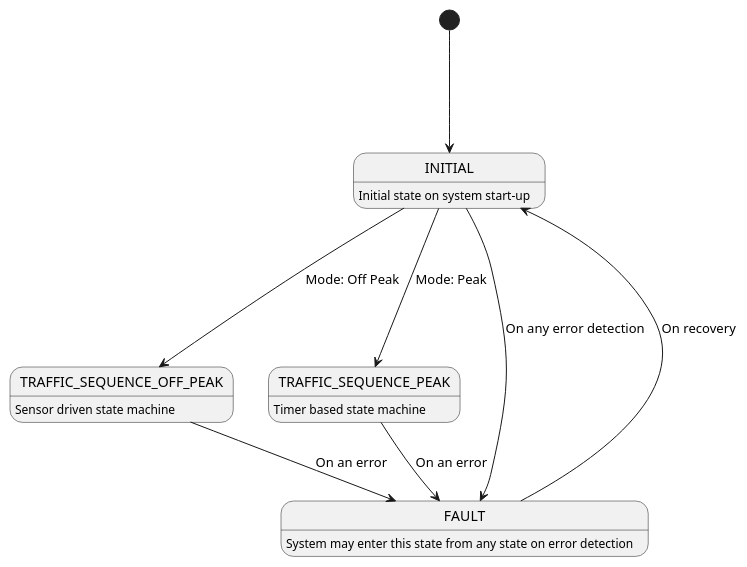
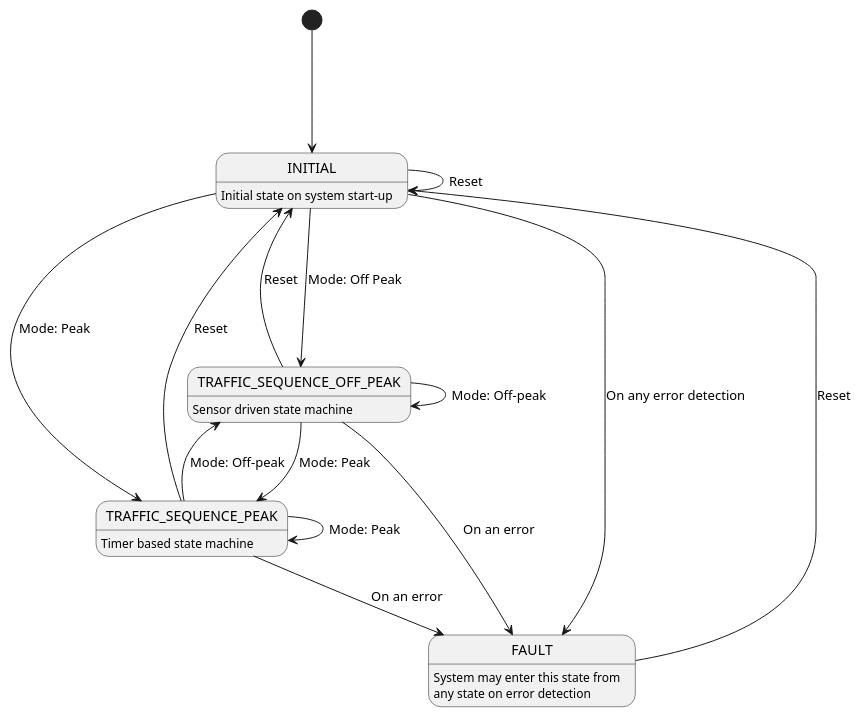
One commit to Mr4D/Traffic-Light-System changed the first of 3 diagrams in docs/state-machine.wsd. Above: the diagram before and after it, drawn with PlantUML. The commit also changed other lines of this file and 9 other files, not shown here.

Commit message:
Update diagrams

```diff
--- a/docs/state-machine.wsd
+++ b/docs/state-machine.wsd
@@ -1,20 +1,31 @@
 @startuml
 
 ' scale 500 width
 [*] ---> INITIAL
 
 INITIAL ---> TRAFFIC_SEQUENCE_OFF_PEAK: Mode: Off Peak
 INITIAL ---> TRAFFIC_SEQUENCE_PEAK: Mode: Peak
 
 INITIAL                    --> FAULT: On any error detection
 TRAFFIC_SEQUENCE_OFF_PEAK  --> FAULT: On an error
 TRAFFIC_SEQUENCE_PEAK  --> FAULT: On an error
-FAULT                      --> INITIAL: On recovery
+FAULT                      --> INITIAL: Reset
+INITIAL --> INITIAL: Reset
+TRAFFIC_SEQUENCE_OFF_PEAK --> INITIAL: Reset
+TRAFFIC_SEQUENCE_PEAK --> INITIAL: Reset
 
 INITIAL: Initial state on system start-up
-FAULT: System may enter this state from any state on error detection
+FAULT: System may enter this state from\nany state on error detection
+
+TRAFFIC_SEQUENCE_OFF_PEAK  --> TRAFFIC_SEQUENCE_OFF_PEAK: Mode: Off-peak
+TRAFFIC_SEQUENCE_PEAK  --> TRAFFIC_SEQUENCE_PEAK: Mode: Peak
+
+TRAFFIC_SEQUENCE_PEAK  --> TRAFFIC_SEQUENCE_OFF_PEAK: Mode: Off-peak
+TRAFFIC_SEQUENCE_OFF_PEAK  --> TRAFFIC_SEQUENCE_PEAK: Mode: Peak
 
 TRAFFIC_SEQUENCE_PEAK: Timer based state machine
 TRAFFIC_SEQUENCE_OFF_PEAK: Sensor driven state machine
 
+
+
 @enduml
```
